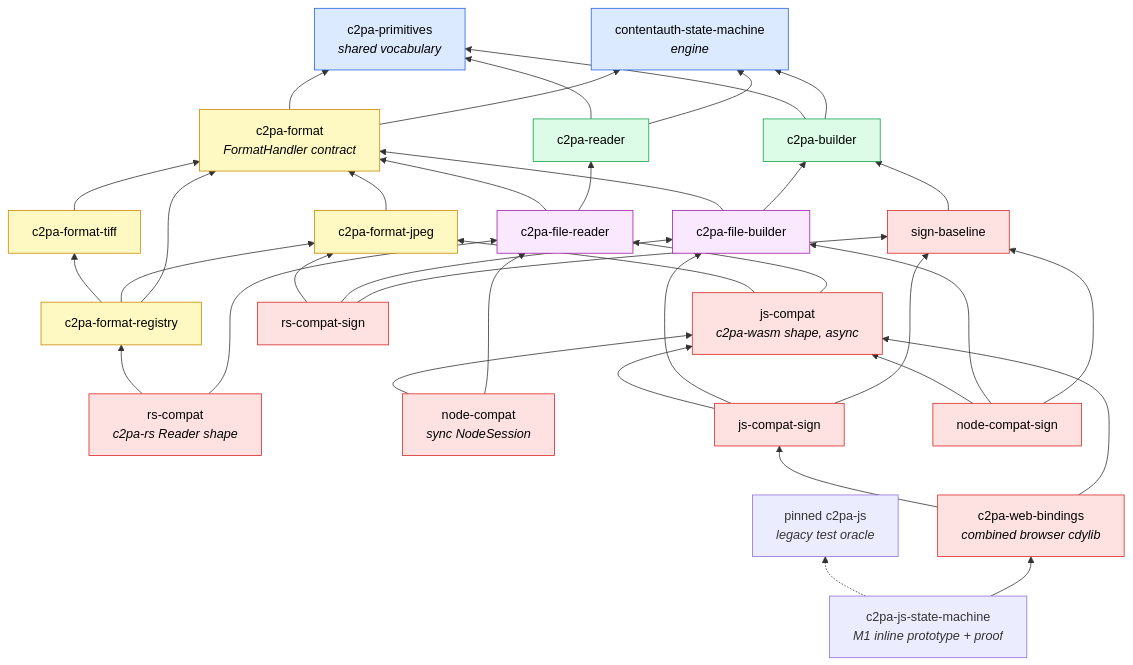
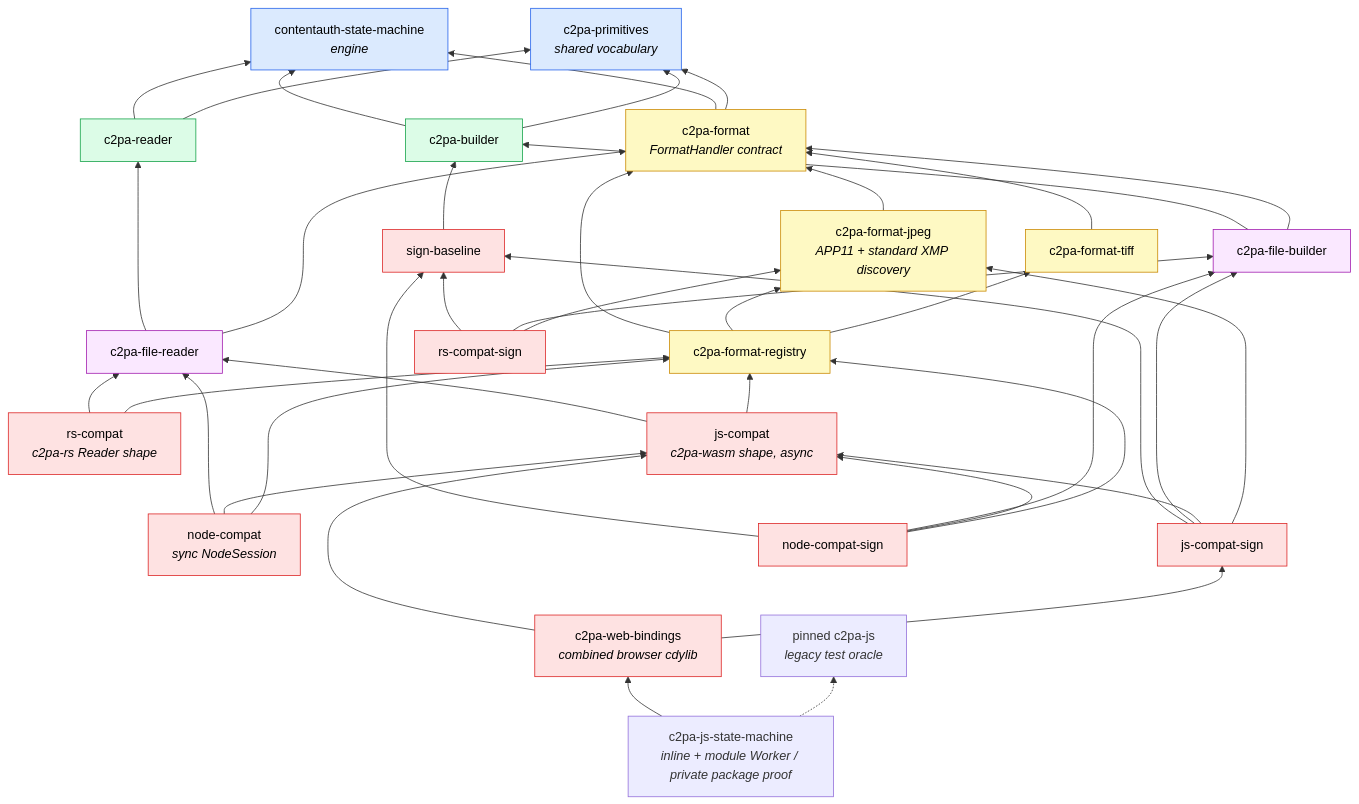
One commit to scouten/state-machine-experiment changed the first of 2 diagrams in docs/walkthrough/02-architecture.md. Above: the diagram before and after it, drawn with Mermaid. The commit also changed other lines of this file and 77 other files, not shown here.

````diff
--- a/docs/walkthrough/02-architecture.md
+++ b/docs/walkthrough/02-architecture.md
@@ -12,58 +12,58 @@
 ```mermaid
 flowchart BT
     SM["contentauth-state-machine<br/><i>engine</i>"]
     PR["c2pa-primitives<br/><i>shared vocabulary</i>"]
 
     RD["c2pa-reader"]
     BD["c2pa-builder"]
     FM["c2pa-format<br/><i>FormatHandler contract</i>"]
 
-    JP["c2pa-format-jpeg"]
+    JP["c2pa-format-jpeg<br/><i>APP11 + standard XMP discovery</i>"]
     TF["c2pa-format-tiff"]
     RG["c2pa-format-registry"]
 
     FR["c2pa-file-reader"]
     FB["c2pa-file-builder"]
 
     RSC["rs-compat<br/><i>c2pa-rs Reader shape</i>"]
     JSC["js-compat<br/><i>c2pa-wasm shape, async</i>"]
     NDC["node-compat<br/><i>sync NodeSession</i>"]
 
     SB["sign-baseline"]
     RSS["rs-compat-sign"]
     JSS["js-compat-sign"]
     NDS["node-compat-sign"]
     WEB["c2pa-web-bindings<br/><i>combined browser cdylib</i>"]
-    JSP["c2pa-js-state-machine<br/><i>M1 inline prototype + proof</i>"]
+    JSP["c2pa-js-state-machine<br/><i>inline + module Worker / private package proof</i>"]
     ORC["pinned c2pa-js<br/><i>legacy test oracle</i>"]
 
     RD --> SM & PR
     BD --> SM & PR
     FM --> SM & PR
     JP --> FM
     TF --> FM
     RG --> FM & JP & TF
     FR --> RD & FM
     FB --> BD & FM
     RSC --> FR & RG
-    JSC --> FR & JP
-    NDC --> FR & JSC
+    JSC --> FR & RG
+    NDC --> FR & JSC & RG
     SB --> BD
     RSS --> SB & FB & JP
-    JSS --> SB & FB & JSC
-    NDS --> SB & FB & JSC
+    JSS --> SB & FB & JSC & JP
+    NDS --> SB & FB & JSC & RG
     WEB --> JSC & JSS
     JSP --> WEB
     JSP -.-> ORC
 
     classDef engine fill:#dbeafe,stroke:#2563eb,color:#000
     classDef core fill:#dcfce7,stroke:#16a34a,color:#000
     classDef fmt fill:#fef9c3,stroke:#ca8a04,color:#000
     classDef glue fill:#fae8ff,stroke:#a21caf,color:#000
     classDef bind fill:#fee2e2,stroke:#dc2626,color:#000
     class SM,PR engine
     class RD,BD core
     class FM,JP,TF,RG fmt
     class FR,FB glue
     class RSC,JSC,NDC,SB,RSS,JSS,NDS,WEB bind
 ```
````
